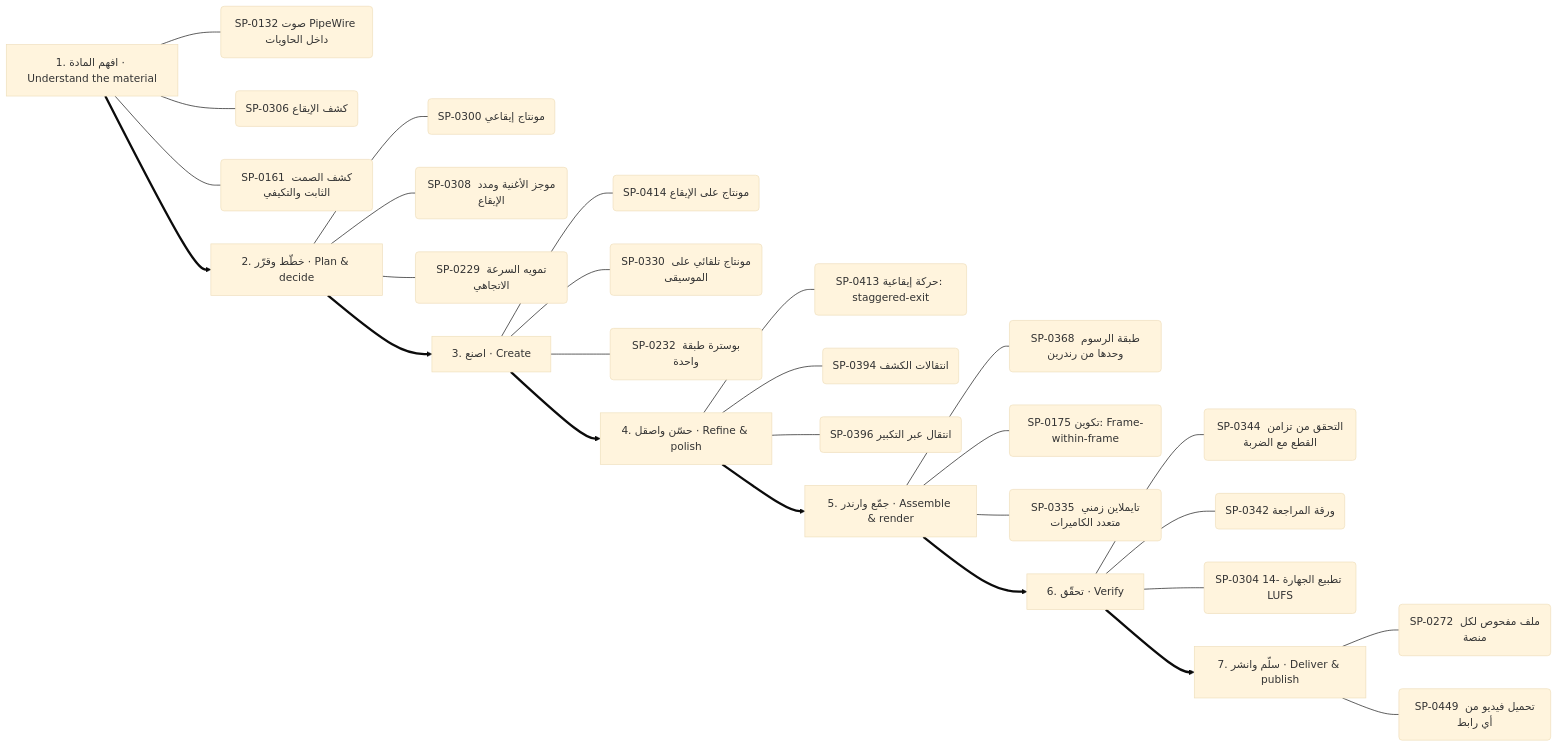
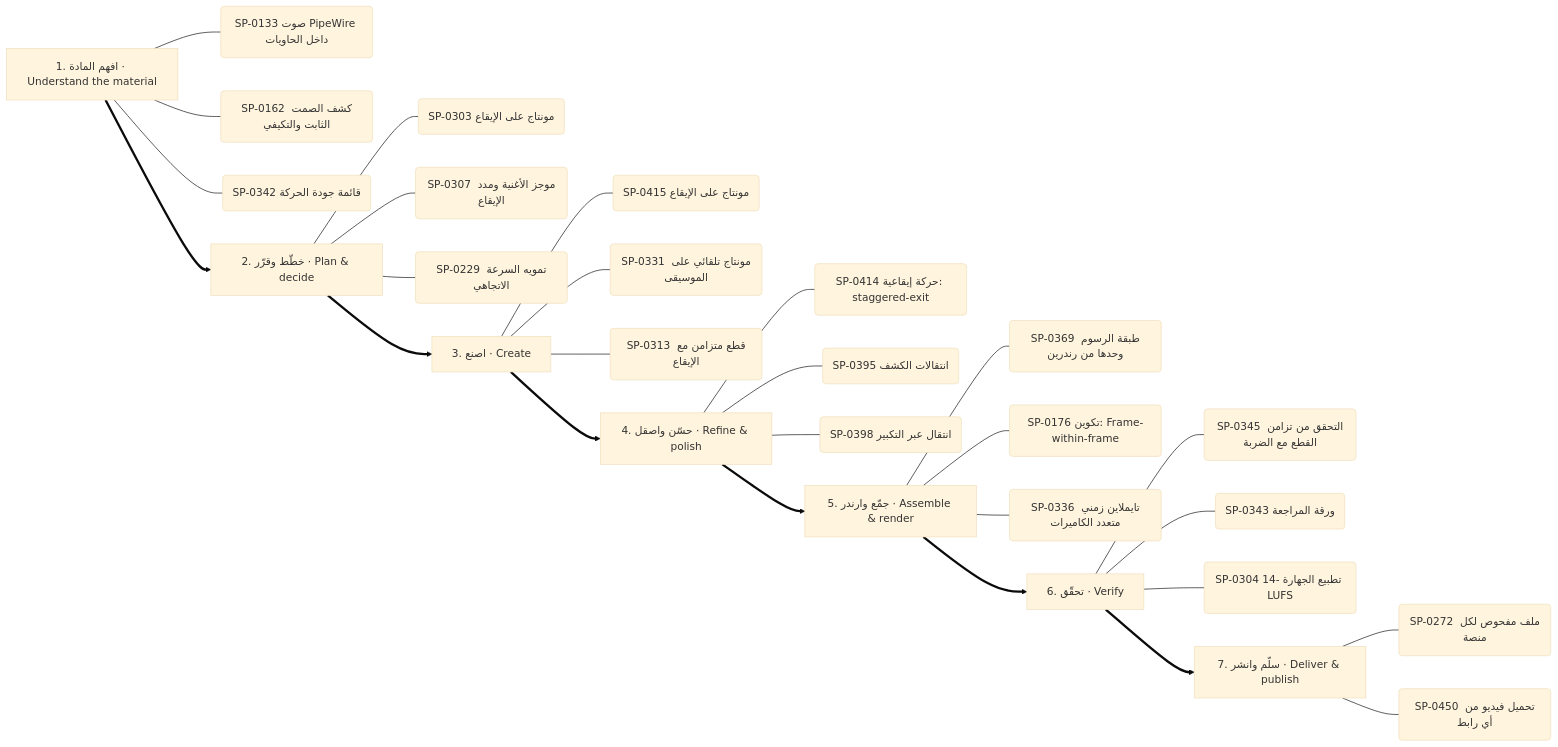
Before and after one commit to kosif199022-jpg/kosif-tool: the third of 13 diagrams in .claude/skills/kosif-superpowers/references/capability-mindmap.md, drawn with Mermaid (base theme). The commit also changed other lines of this file and 53 other files, not shown here.

````diff
--- a/.claude/skills/kosif-superpowers/references/capability-mindmap.md
+++ b/.claude/skills/kosif-superpowers/references/capability-mindmap.md
@@ -176,36 +175,36 @@
 ```mermaid
 flowchart LR
   S0["1. افهم المادة · Understand the material"]
-  S0 --- S0_0("SP-0132 صوت PipeWire داخل الحاويات")
-  S0 --- S0_1("SP-0306 كشف الإيقاع")
-  S0 --- S0_2("SP-0161 كشف الصمت الثابت والتكيفي")
+  S0 --- S0_0("SP-0133 صوت PipeWire داخل الحاويات")
+  S0 --- S0_1("SP-0162 كشف الصمت الثابت والتكيفي")
+  S0 --- S0_2("SP-0342 قائمة جودة الحركة")
   S1["2. خطّط وقرّر · Plan & decide"]
-  S1 --- S1_0("SP-0300 مونتاج إيقاعي")
-  S1 --- S1_1("SP-0308 موجز الأغنية ومدد الإيقاع")
+  S1 --- S1_0("SP-0303 مونتاج على الإيقاع")
+  S1 --- S1_1("SP-0307 موجز الأغنية ومدد الإيقاع")
   S1 --- S1_2("SP-0229 تمويه السرعة الاتجاهي")
   S0 ==> S1
   S2["3. اصنع · Create"]
-  S2 --- S2_0("SP-0414 مونتاج على الإيقاع")
-  S2 --- S2_1("SP-0330 مونتاج تلقائي على الموسيقى")
-  S2 --- S2_2("SP-0232 بوسترة طبقة واحدة")
+  S2 --- S2_0("SP-0415 مونتاج على الإيقاع")
+  S2 --- S2_1("SP-0331 مونتاج تلقائي على الموسيقى")
+  S2 --- S2_2("SP-0313 قطع متزامن مع الإيقاع")
   S1 ==> S2
   S3["4. حسّن واصقل · Refine & polish"]
-  S3 --- S3_0("SP-0413 حركة إيقاعية: staggered-exit")
-  S3 --- S3_1("SP-0394 انتقالات الكشف")
-  S3 --- S3_2("SP-0396 انتقال عبر التكبير")
+  S3 --- S3_0("SP-0414 حركة إيقاعية: staggered-exit")
+  S3 --- S3_1("SP-0395 انتقالات الكشف")
+  S3 --- S3_2("SP-0398 انتقال عبر التكبير")
   S2 ==> S3
   S4["5. جمّع وارندر · Assemble & render"]
-  S4 --- S4_0("SP-0368 طبقة الرسوم وحدها من رندرين")
-  S4 --- S4_1("SP-0175 تكوين: Frame-within-frame")
-  S4 --- S4_2("SP-0335 تايملاين زمني متعدد الكاميرات")
+  S4 --- S4_0("SP-0369 طبقة الرسوم وحدها من رندرين")
+  S4 --- S4_1("SP-0176 تكوين: Frame-within-frame")
+  S4 --- S4_2("SP-0336 تايملاين زمني متعدد الكاميرات")
   S3 ==> S4
   S5["6. تحقّق · Verify"]
-  S5 --- S5_0("SP-0344 التحقق من تزامن القطع مع الضربة")
-  S5 --- S5_1("SP-0342 ورقة المراجعة")
+  S5 --- S5_0("SP-0345 التحقق من تزامن القطع مع الضربة")
+  S5 --- S5_1("SP-0343 ورقة المراجعة")
   S5 --- S5_2("SP-0304 تطبيع الجهارة -14 LUFS")
   S4 ==> S5
   S6["7. سلّم وانشر · Deliver & publish"]
   S6 --- S6_0("SP-0272 ملف مفحوص لكل منصة")
-  S6 --- S6_1("SP-0449 تحميل فيديو من أي رابط")
+  S6 --- S6_1("SP-0450 تحميل فيديو من أي رابط")
   S5 ==> S6
 ```
````
